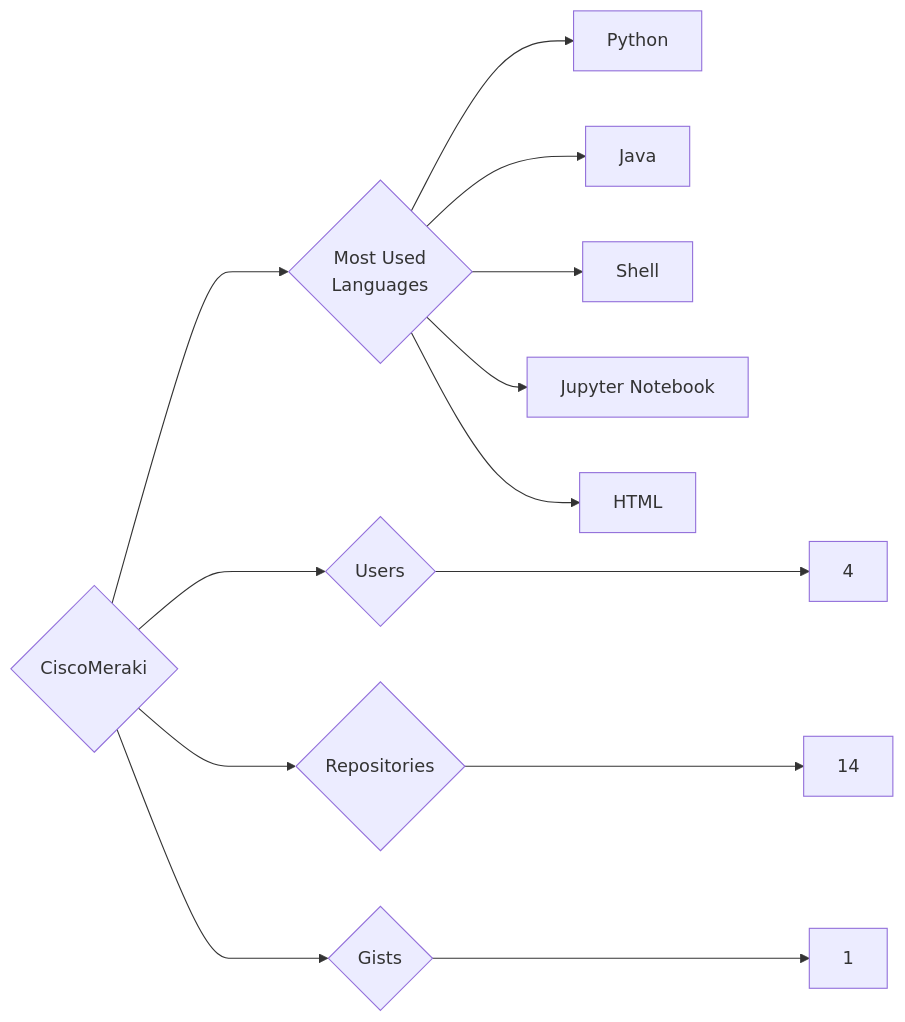
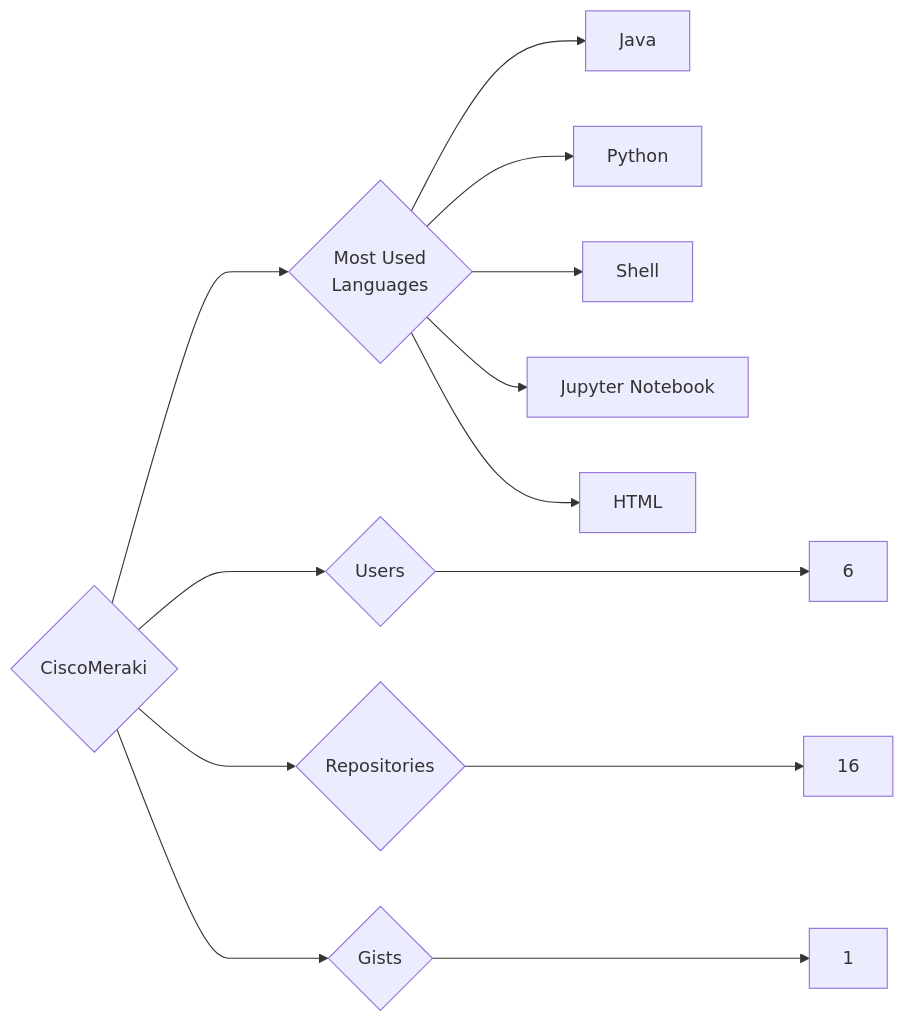
Before and after one commit to trickest/insiders: the diagram in targets/CiscoMeraki/README.md, drawn with Mermaid. The commit also changed 1023 other files, not shown here.

````diff
--- a/targets/CiscoMeraki/README.md
+++ b/targets/CiscoMeraki/README.md
@@ -3,13 +3,13 @@
 ```mermaid
 graph LR
 COMPANY_NAME{CiscoMeraki}
-COMPANY_NAME ---> U{Users} ---> UN[4]
-COMPANY_NAME ---> R{Repositories} ---> RN[14]
+COMPANY_NAME ---> U{Users} ---> UN[6]
+COMPANY_NAME ---> R{Repositories} ---> RN[16]
 COMPANY_NAME ---> G{Gists} ---> GN[1]
 COMPANY_NAME ---> ML{Most Used<br>Languages}
+ML --> Java[Java]
 ML --> Python[Python]
-ML --> Java[Java]
 ML --> Shell[Shell]
 ML --> Jupyter_Notebook[Jupyter Notebook]
 ML --> HTML[HTML]
 ```
````
